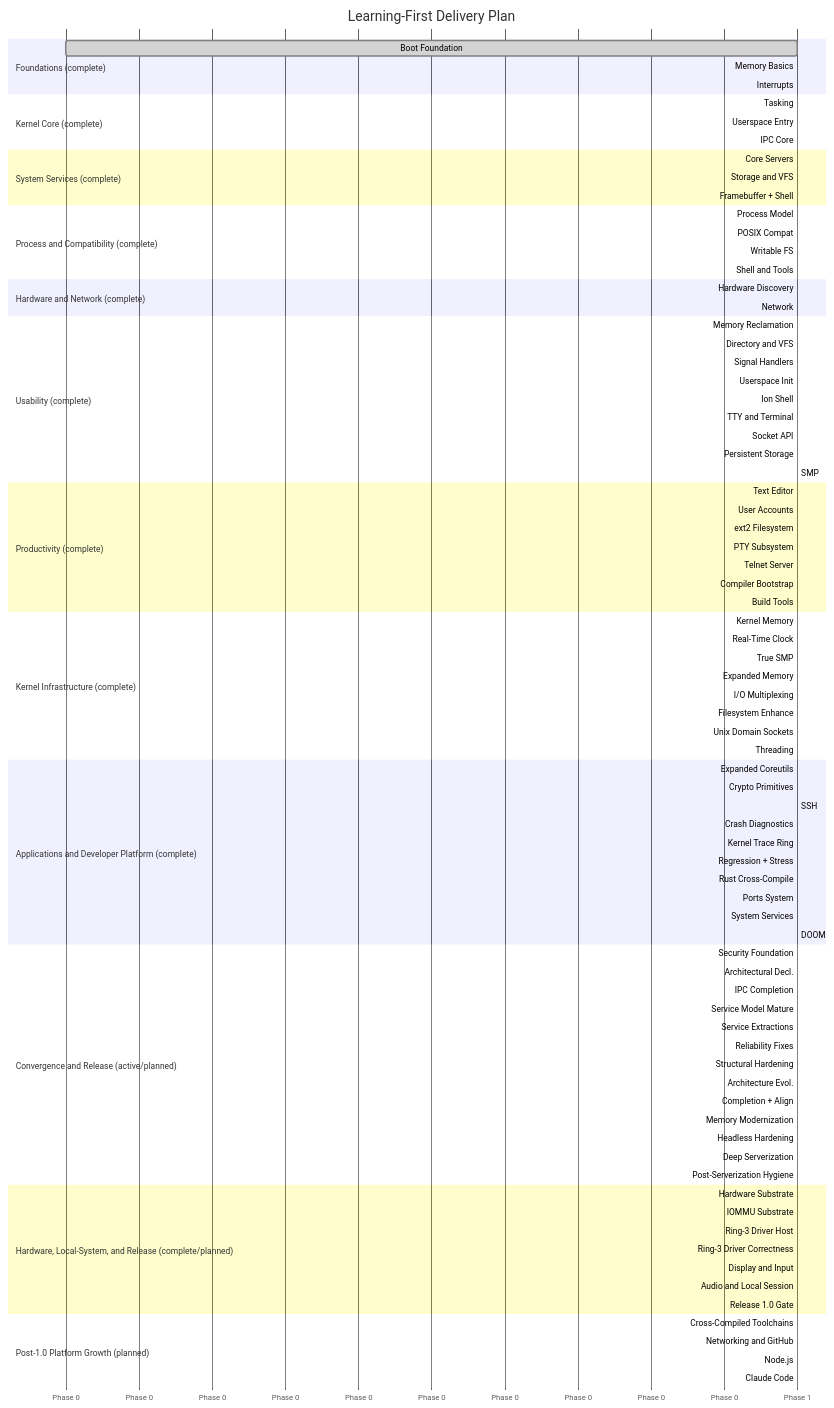
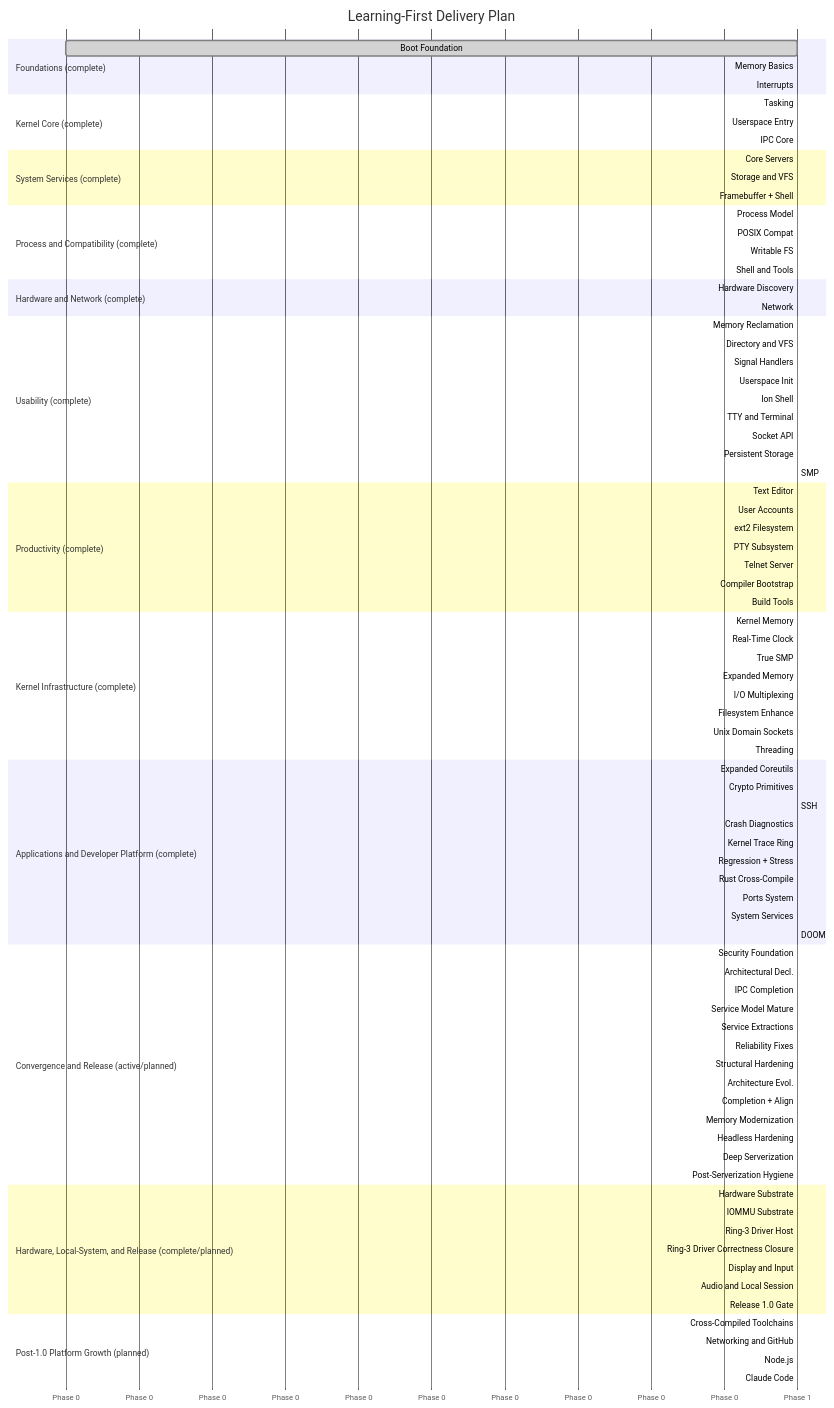
The second of 2 diagrams in docs/roadmap/README.md (mikecubed/m3OS), drawn with Mermaid before and after one commit.

Commit message:
docs(phase-55c): align gantt phase title

```diff
--- a/docs/roadmap/README.md
+++ b/docs/roadmap/README.md
@@ -402,7 +402,7 @@
     Hardware Substrate      :done, p55, after p54a, 1
     IOMMU Substrate         :p55a, after p55, 1
     Ring-3 Driver Host      :p55b, after p55a, 1
-    Ring-3 Driver Correctness :p55c, after p55b, 1
+    Ring-3 Driver Correctness Closure :p55c, after p55b, 1
     Display and Input       :p56, after p55c, 1
     Audio and Local Session :p57, after p56, 1
     Release 1.0 Gate        :p58, after p57, 1
```
